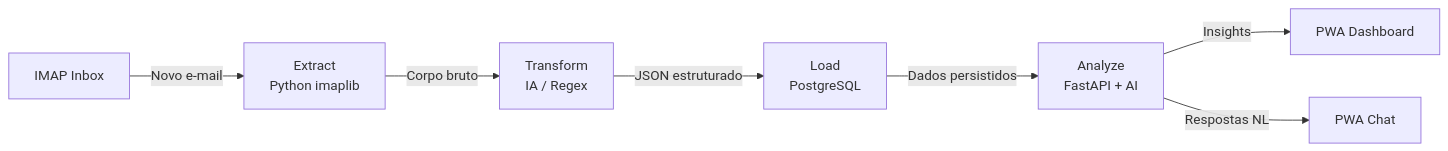
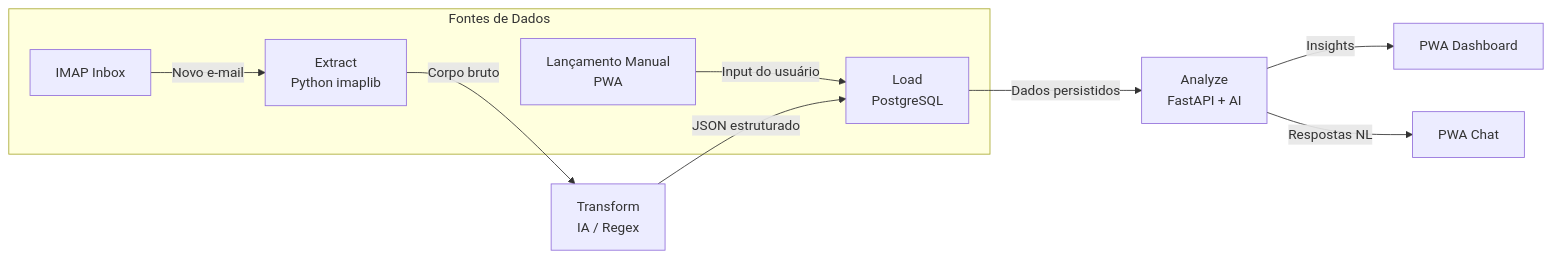
One commit to mviniciusy/FinAI changed the third of 3 diagrams in README.md. Above: the diagram before and after it, drawn with Mermaid. The commit also changed other lines of this file and 2 other files, not shown here.

````diff
--- a/README.md
+++ b/README.md
@@ -185,9 +236,13 @@
 ```mermaid
 flowchart LR
-    A["IMAP Inbox"] -->|"Novo e-mail"| B["Extract<br/>Python imaplib"]
+    subgraph Fontes["Fontes de Dados"]
+        A["IMAP Inbox"] -->|"Novo e-mail"| B["Extract<br/>Python imaplib"]
+        H["Lançamento Manual<br/>PWA"] -->|"Input do usuário"| D
+    end
+
     B -->|"Corpo bruto"| C["Transform<br/>IA / Regex"]
     C -->|"JSON estruturado"| D["Load<br/>PostgreSQL"]
     D -->|"Dados persistidos"| E["Analyze<br/>FastAPI + AI"]
     E -->|"Insights"| F["PWA Dashboard"]
     E -->|"Respostas NL"| G["PWA Chat"]
 ```
````
